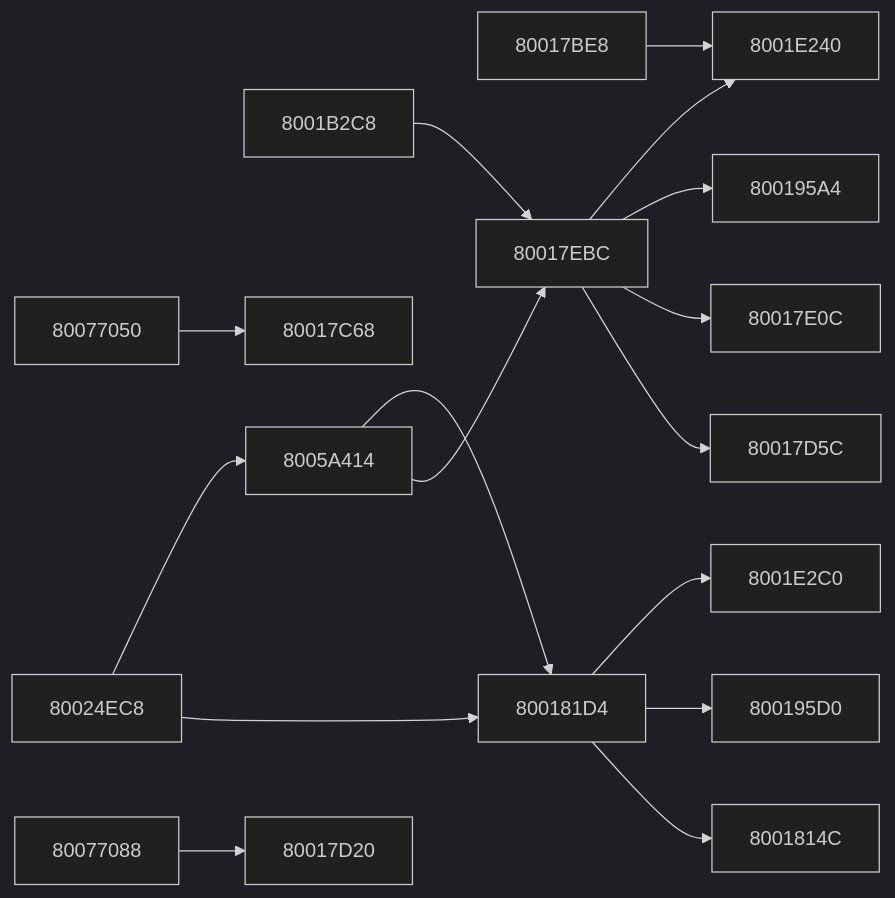
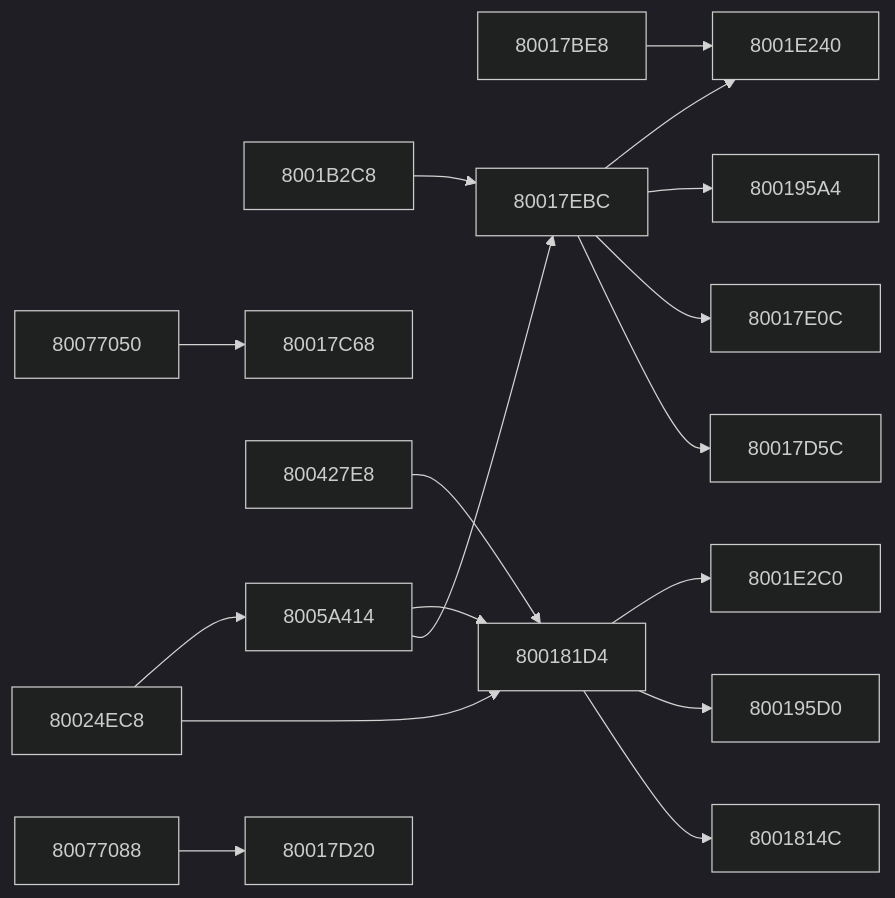
One commit to kai-luni/Future-Cop-L.A.P.D-PS1 changed the third of 11 diagrams in docs/FUNCTION_MAP.md. Above: the diagram before and after it, drawn with Mermaid (dark theme). The commit also changed other lines of this file, not shown here.

````diff
--- a/docs/FUNCTION_MAP.md
+++ b/docs/FUNCTION_MAP.md
@@ -112,35 +140,37 @@
 ```mermaid
 graph LR
     f80017be8 --> f8001e240
     f80017ebc --> f80017d5c
     f80017ebc --> f80017e0c
     f80017ebc --> f800195a4
     f80017ebc --> f8001e240
     f800181d4 --> f8001814c
     f800181d4 --> f800195d0
     f800181d4 --> f8001e2c0
     f8001b2c8 --> f80017ebc
     f80024ec8 --> f800181d4
     f80024ec8 --> f8005a414
+    f800427e8 --> f800181d4
     f8005a414 --> f80017ebc
     f8005a414 --> f800181d4
     f80077050 --> f80017c68
     f80077088 --> f80017d20
     f80017be8["80017BE8"]
     f80017c68["80017C68"]
     f80017d20["80017D20"]
     f80017d5c["80017D5C"]
     f80017e0c["80017E0C"]
     f80017ebc["80017EBC"]
     f8001814c["8001814C"]
     f800181d4["800181D4"]
     f800195a4["800195A4"]
     f800195d0["800195D0"]
     f8001b2c8["8001B2C8"]
     f8001e240["8001E240"]
     f8001e2c0["8001E2C0"]
     f80024ec8["80024EC8"]
+    f800427e8["800427E8"]
     f8005a414["8005A414"]
     f80077050["80077050"]
     f80077088["80077088"]
 ```
````
